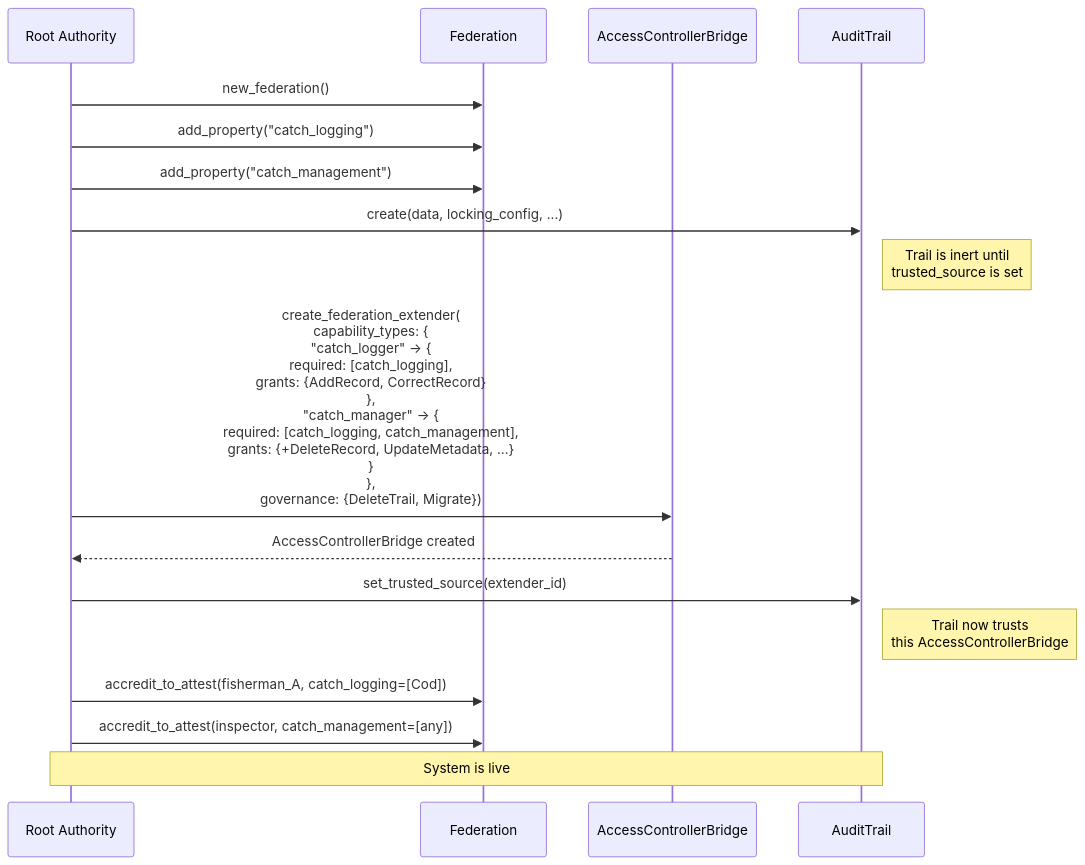
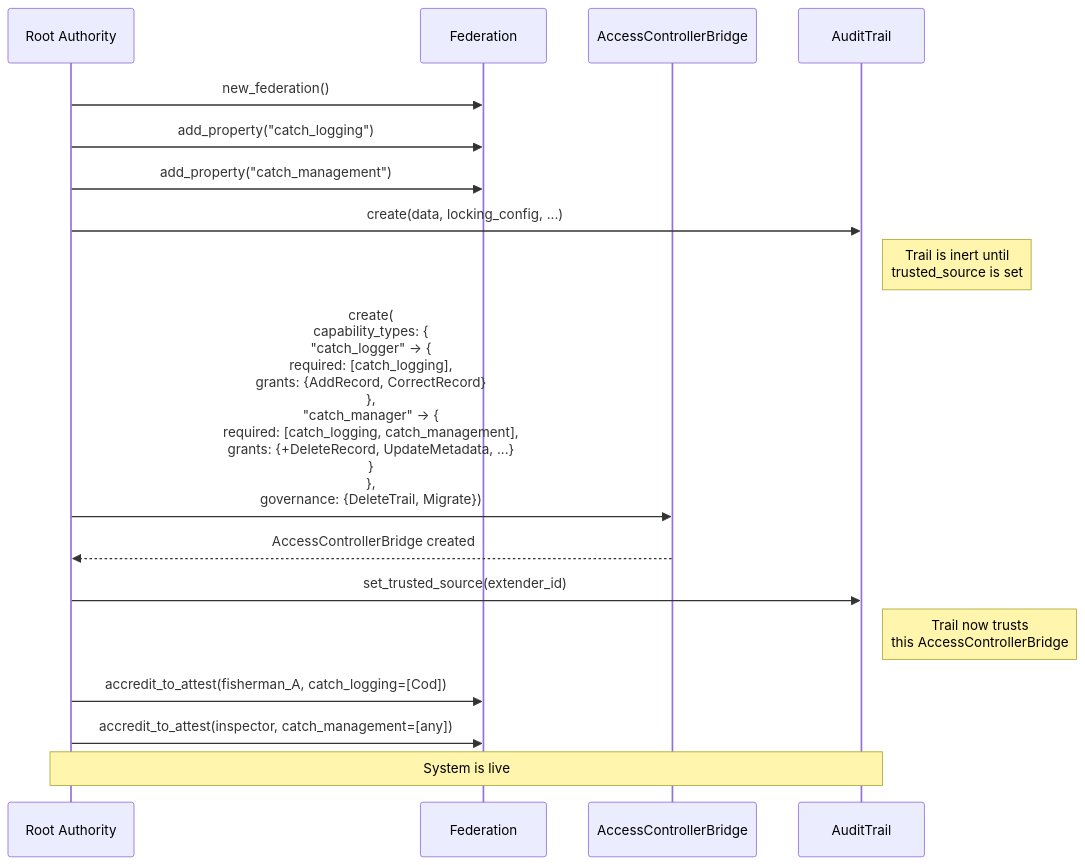
One commit to qrayven/acb changed the first of 7 diagrams in resources/access-controller-bridge-v3.md. Above: the diagram before and after it, drawn with Mermaid. The commit also changed other lines of this file, not shown here.

````diff
--- a/resources/access-controller-bridge-v3.md
+++ b/resources/access-controller-bridge-v3.md
@@ -913,25 +893,25 @@
 ```mermaid
 sequenceDiagram
     participant RA as Root Authority
     participant Fed as Federation
     participant AE as AccessControllerBridge
     participant Trail as AuditTrail
 
     RA->>Fed: new_federation()
     RA->>Fed: add_property("catch_logging")
     RA->>Fed: add_property("catch_management")
 
     RA->>Trail: create(data, locking_config, ...)
     Note right of Trail: Trail is inert until<br/>trusted_source is set
 
-    RA->>AE: create_federation_extender(<br/>  capability_types: {<br/>    "catch_logger" → {<br/>      required: [catch_logging],<br/>      grants: {AddRecord, CorrectRecord}<br/>    },<br/>    "catch_manager" → {<br/>      required: [catch_logging, catch_management],<br/>      grants: {+DeleteRecord, UpdateMetadata, ...}<br/>    }<br/>  },<br/>  governance: {DeleteTrail, Migrate})
+    RA->>AE: create(<br/>  capability_types: {<br/>    "catch_logger" → {<br/>      required: [catch_logging],<br/>      grants: {AddRecord, CorrectRecord}<br/>    },<br/>    "catch_manager" → {<br/>      required: [catch_logging, catch_management],<br/>      grants: {+DeleteRecord, UpdateMetadata, ...}<br/>    }<br/>  },<br/>  governance: {DeleteTrail, Migrate})
     AE-->>RA: AccessControllerBridge created
 
     RA->>Trail: set_trusted_source(extender_id)
     Note right of Trail: Trail now trusts<br/>this AccessControllerBridge
 
     RA->>Fed: accredit_to_attest(fisherman_A, catch_logging=[Cod])
     RA->>Fed: accredit_to_attest(inspector, catch_management=[any])
 
     Note over RA,Trail: System is live
 ```
````
